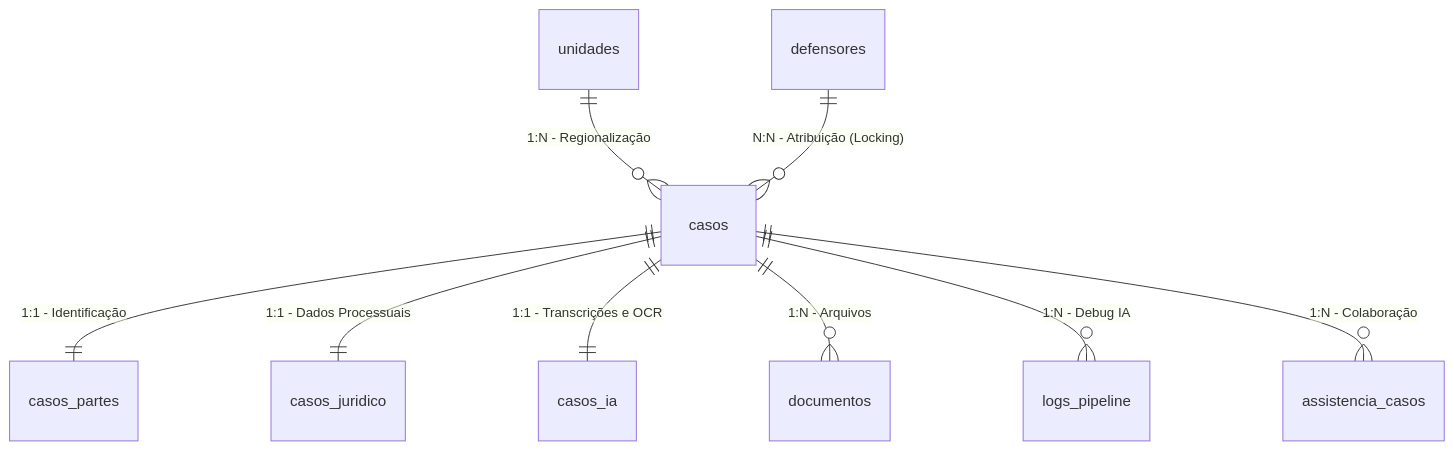
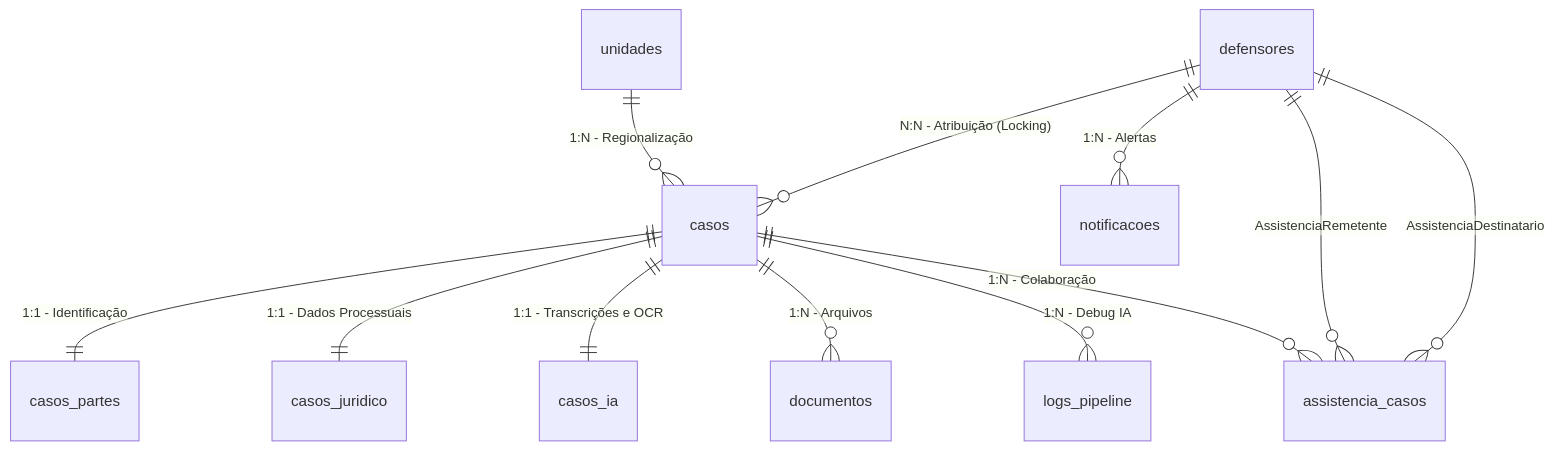
Before and after one commit to CJVW-Code/maes_acao: the diagram in arquivos/Conhecimento/01-Referencia/DATABASE_MODEL.md, drawn with Mermaid. The commit also changed other lines of this file and 27 other files, not shown here.

````diff
--- a/arquivos/Conhecimento/01-Referencia/DATABASE_MODEL.md
+++ b/arquivos/Conhecimento/01-Referencia/DATABASE_MODEL.md
@@ -16,11 +22,14 @@
 ```mermaid
 erDiagram
     casos ||--|| casos_partes : "1:1 - Identificação"
     casos ||--|| casos_juridico : "1:1 - Dados Processuais"
     casos ||--|| casos_ia : "1:1 - Transcrições e OCR"
     casos ||--o{ documentos : "1:N - Arquivos"
     casos ||--o{ logs_pipeline : "1:N - Debug IA"
     casos ||--o{ assistencia_casos : "1:N - Colaboração"
     unidades ||--o{ casos : "1:N - Regionalização"
     defensores ||--o{ casos : "N:N - Atribuição (Locking)"
+    defensores ||--o{ assistencia_casos : "AssistenciaRemetente"
+    defensores ||--o{ assistencia_casos : "AssistenciaDestinatario"
+    defensores ||--o{ notificacoes : "1:N - Alertas"
 ```
````
